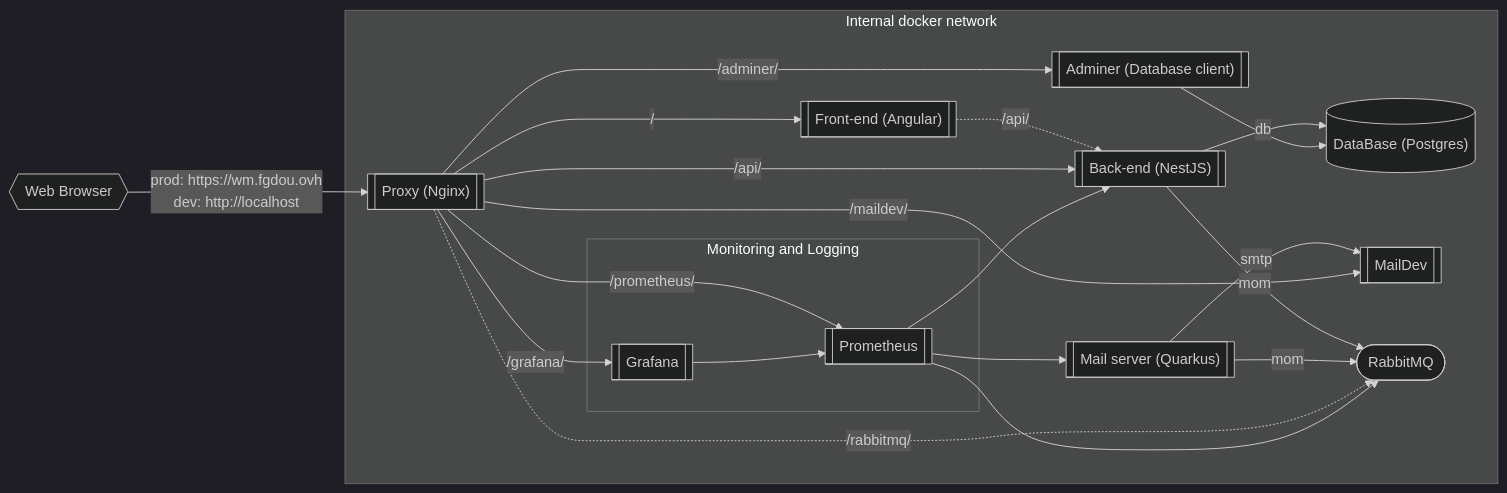
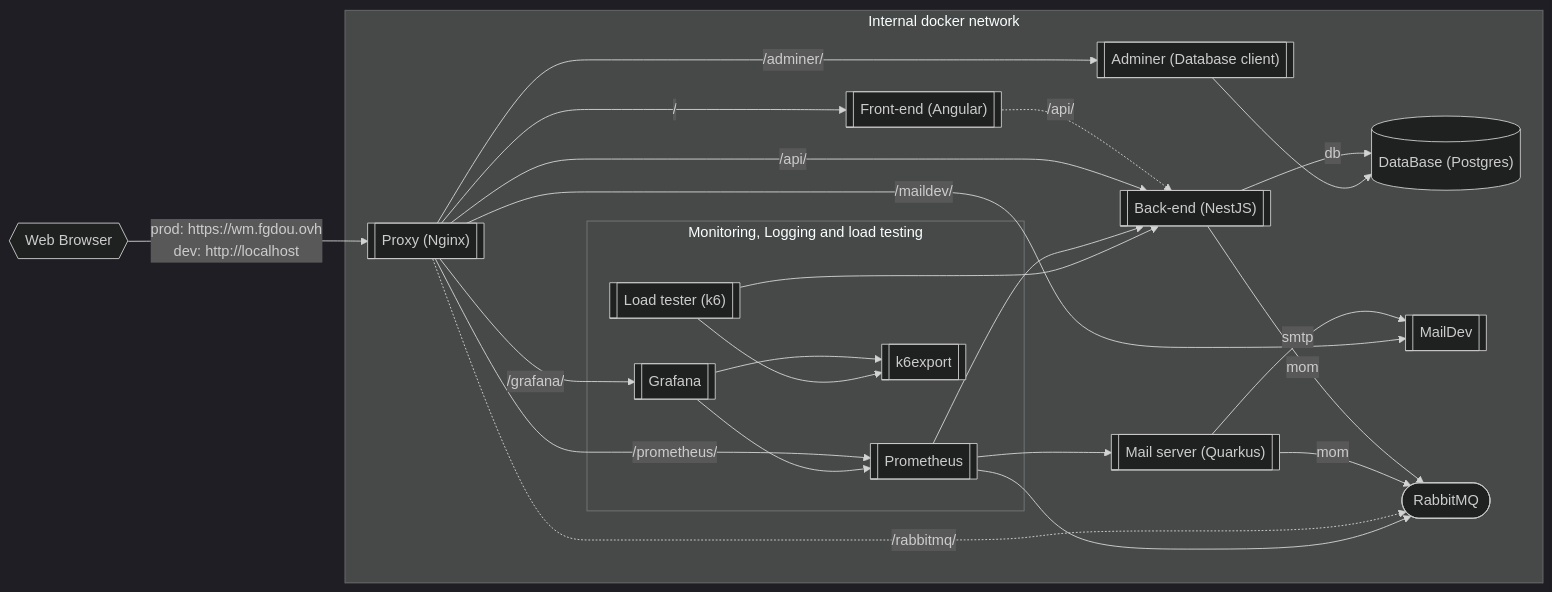
The diagram in doc/services.md (CodyAdam/my-admin-panel), drawn with Mermaid (dark theme) before and after one commit. The commit also changed other lines of this file and 1 other file, not shown here.

Commit message:
UPDATE doc run and services

````diff
--- a/doc/services.md
+++ b/doc/services.md
@@ -3,43 +3,49 @@
 ```mermaid
 flowchart LR
     user{{Web Browser}}
     
     subgraph "Internal docker network"
         db[("DataBase (Postgres)")]
         quarkus[["Mail server (Quarkus)"]]
         maildev[["MailDev"]]
         mom(["RabbitMQ"])
         proxy[["Proxy (Nginx)"]]
         front[["Front-end (Angular)"]]
         back[["Back-end (NestJS)"]]
         adminer[["Adminer (Database client)"]]
         
-        subgraph "Monitoring and Logging"
+        subgraph "Monitoring, Logging and load testing"
             prometheus[["Prometheus"]]
             grafana[["Grafana"]]
+        k6[["Load tester (k6)"]]
+        k6export[["k6export"]]
         end
     end
     
     user --> | prod: https://wm.fgdou.ovh \n dev: http://localhost | proxy
 
     front .-> | /api/ | back
     back --> |db| db
     back --> |mom| mom
     quarkus --> |mom| mom
     quarkus --> |smtp| maildev
     adminer --> db
     
     proxy --> | /api/ | back
     proxy --> | / | front
     proxy .-> | /rabbitmq/ | mom
     proxy --> | /maildev/ | maildev
     proxy --> | /adminer/ | adminer
     proxy --> | /prometheus/ | prometheus
     proxy --> | /grafana/ | grafana
     
     prometheus --> back
     prometheus --> mom
     prometheus --> quarkus
     
     grafana --> prometheus
+    grafana --> k6export
+    k6 --> k6export
+    k6 --> back
+    
 ```
````
